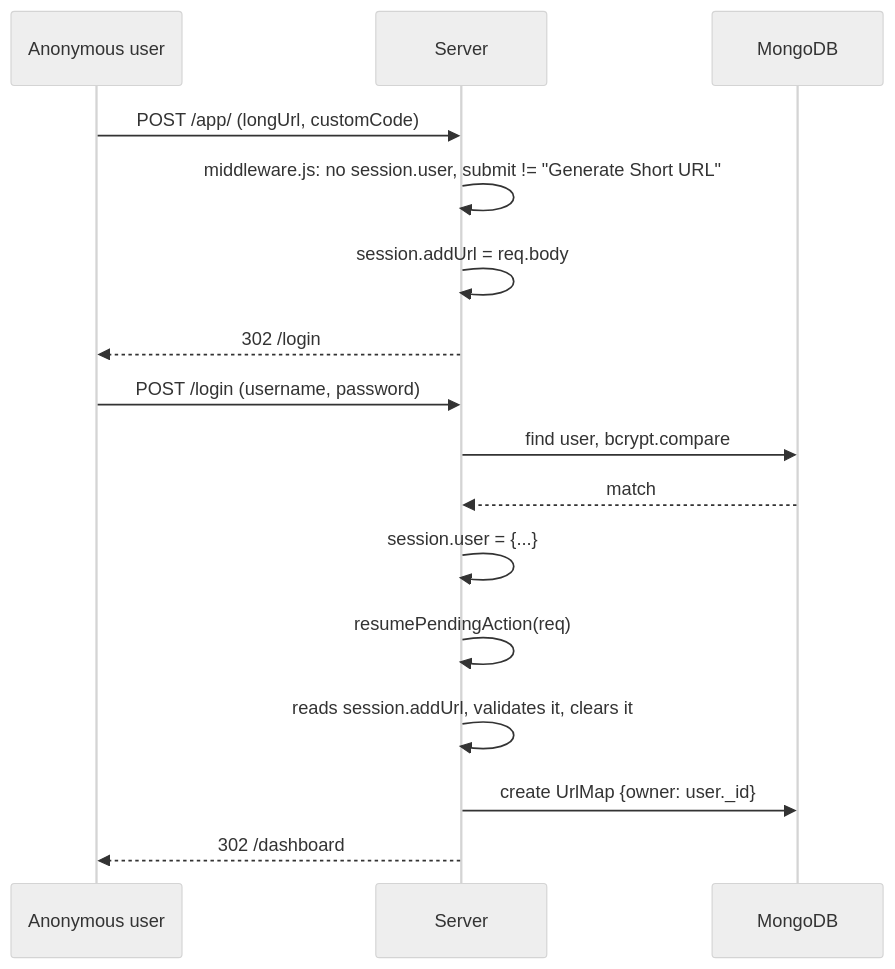
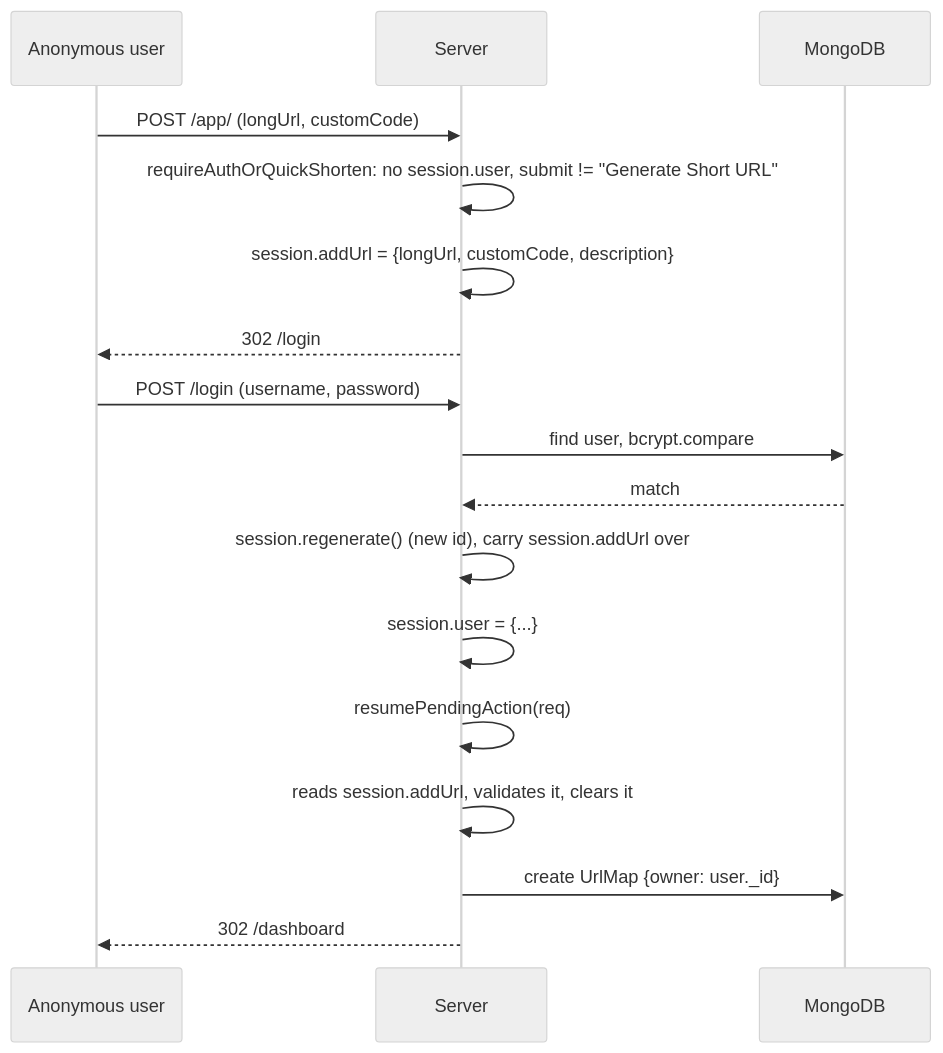
Before and after one commit to VivekReddy2001/Short-links: the third of 4 diagrams in docs/ARCHITECTURE.md, drawn with Mermaid (neutral theme). The commit also changed other lines of this file and 48 other files, not shown here.

````diff
--- a/docs/ARCHITECTURE.md
+++ b/docs/ARCHITECTURE.md
@@ -72,20 +80,21 @@
 ```mermaid
 sequenceDiagram
     participant U as Anonymous user
     participant S as Server
     participant DB as MongoDB
 
     U->>S: POST /app/ (longUrl, customCode)
-    S->>S: middleware.js: no session.user, submit != "Generate Short URL"
-    S->>S: session.addUrl = req.body
+    S->>S: requireAuthOrQuickShorten: no session.user, submit != "Generate Short URL"
+    S->>S: session.addUrl = {longUrl, customCode, description}
     S-->>U: 302 /login
 
     U->>S: POST /login (username, password)
     S->>DB: find user, bcrypt.compare
     DB-->>S: match
+    S->>S: session.regenerate() (new id), carry session.addUrl over
     S->>S: session.user = {...}
     S->>S: resumePendingAction(req)
     S->>S: reads session.addUrl, validates it, clears it
     S->>DB: create UrlMap {owner: user._id}
     S-->>U: 302 /dashboard
 ```
````
